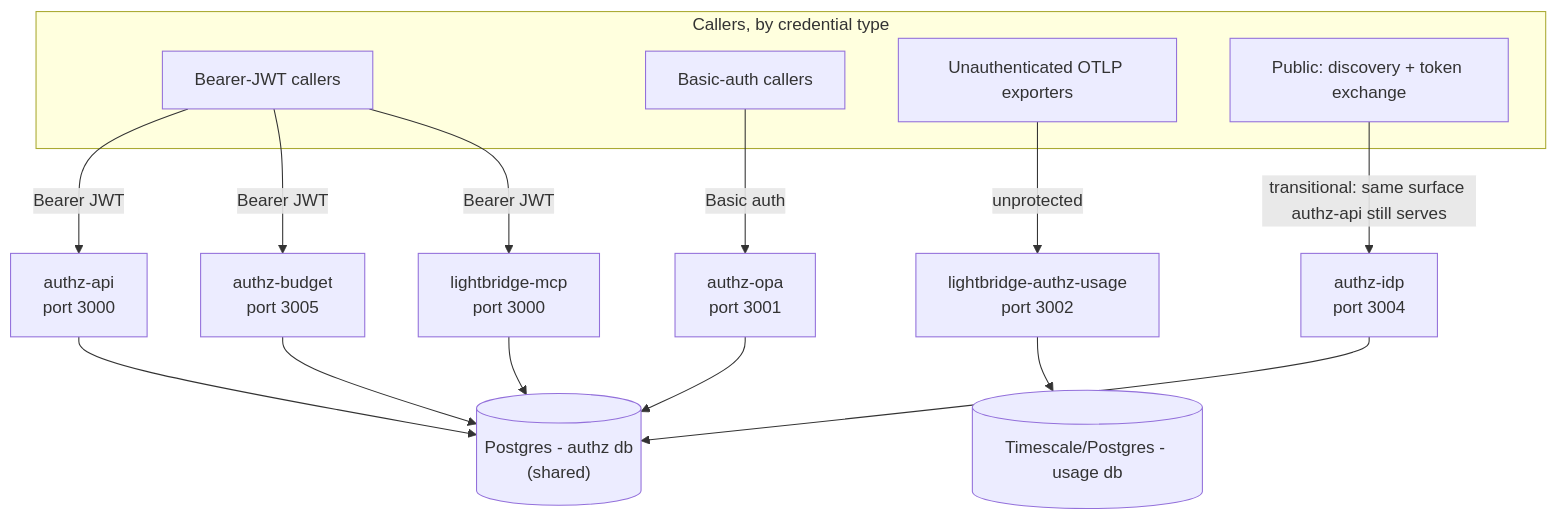
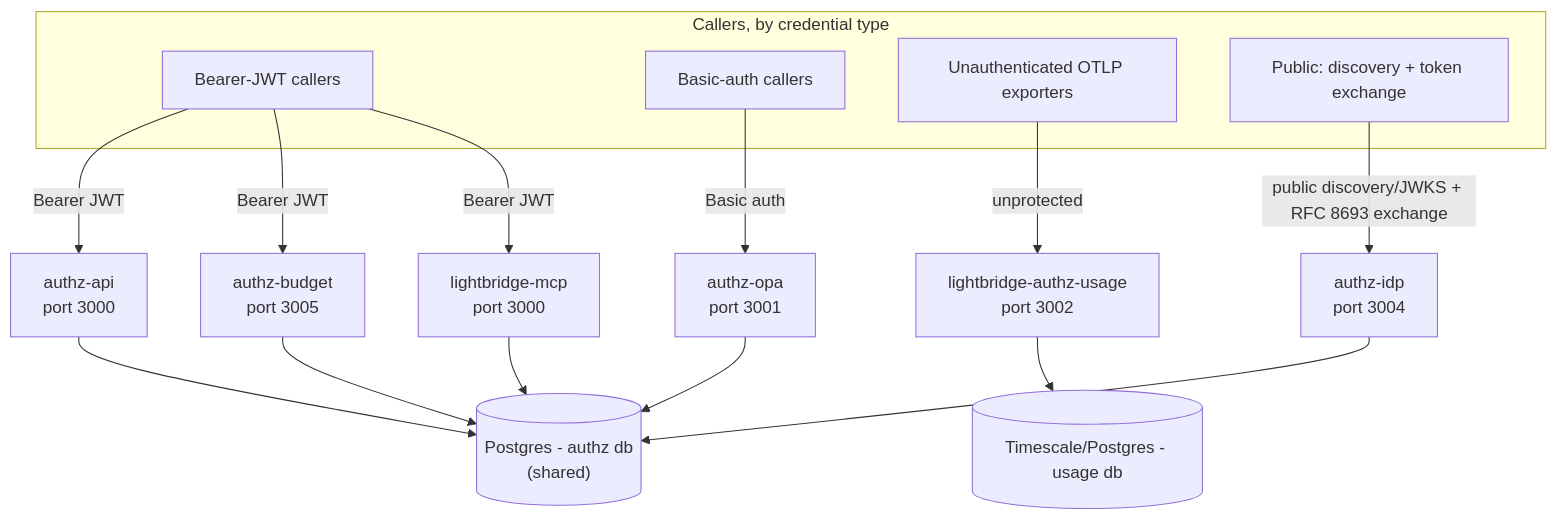
Before and after one commit to ADORSYS-GIS/lightbridge-authz: the second of 2 diagrams in docs/architecture/README.md, drawn with Mermaid. The commit also changed other lines of this file and 5 other files, not shown here.

Commit message:
docs(oauth2): add standards gap and delivery roadmap

````diff
--- a/docs/architecture/README.md
+++ b/docs/architecture/README.md
@@ -100,33 +99,33 @@
 ```mermaid
 flowchart TB
     subgraph callerKinds["Callers, by credential type"]
         C1["Bearer-JWT callers"]
         C2["Basic-auth callers"]
         C3["Unauthenticated OTLP exporters"]
         C4["Public: discovery + token exchange"]
     end
 
     API["authz-api\nport 3000"]
     OPA["authz-opa\nport 3001"]
     Budget["authz-budget\nport 3005"]
     Idp["authz-idp\nport 3004"]
     MCP["lightbridge-mcp\nport 3000"]
     Usage["lightbridge-authz-usage\nport 3002"]
 
     AuthzDB[("Postgres - authz db\n(shared)")]
     UsageDB[("Timescale/Postgres - usage db")]
 
     C1 -->|"Bearer JWT"| API
     C1 -->|"Bearer JWT"| Budget
     C1 -->|"Bearer JWT"| MCP
     C2 -->|"Basic auth"| OPA
     C3 -->|"unprotected"| Usage
-    C4 -->|"transitional: same surface authz-api still serves"| Idp
+    C4 -->|"public discovery/JWKS + RFC 8693 exchange"| Idp
 
     API --> AuthzDB
     OPA --> AuthzDB
     Budget --> AuthzDB
     Idp --> AuthzDB
     MCP --> AuthzDB
     Usage --> UsageDB
 ```
````
